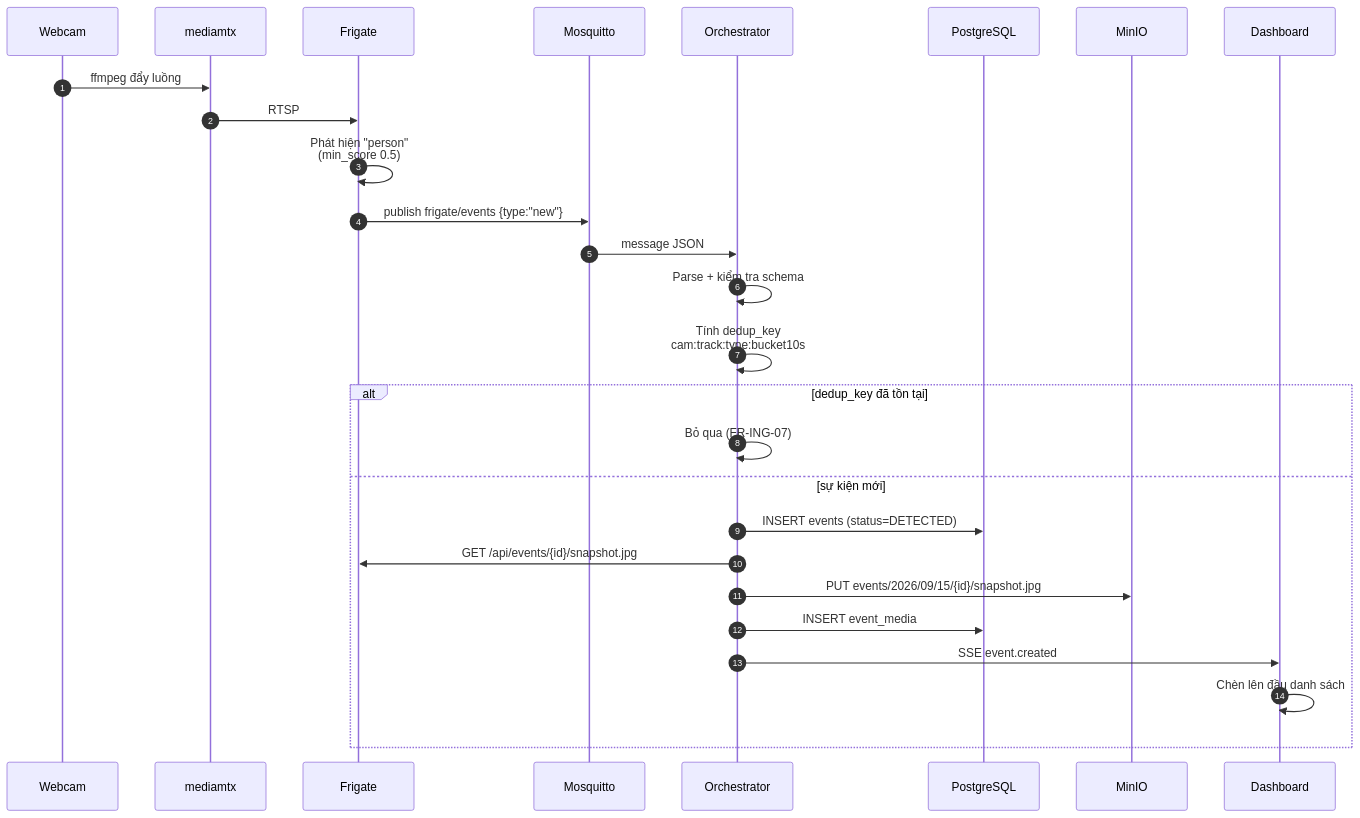
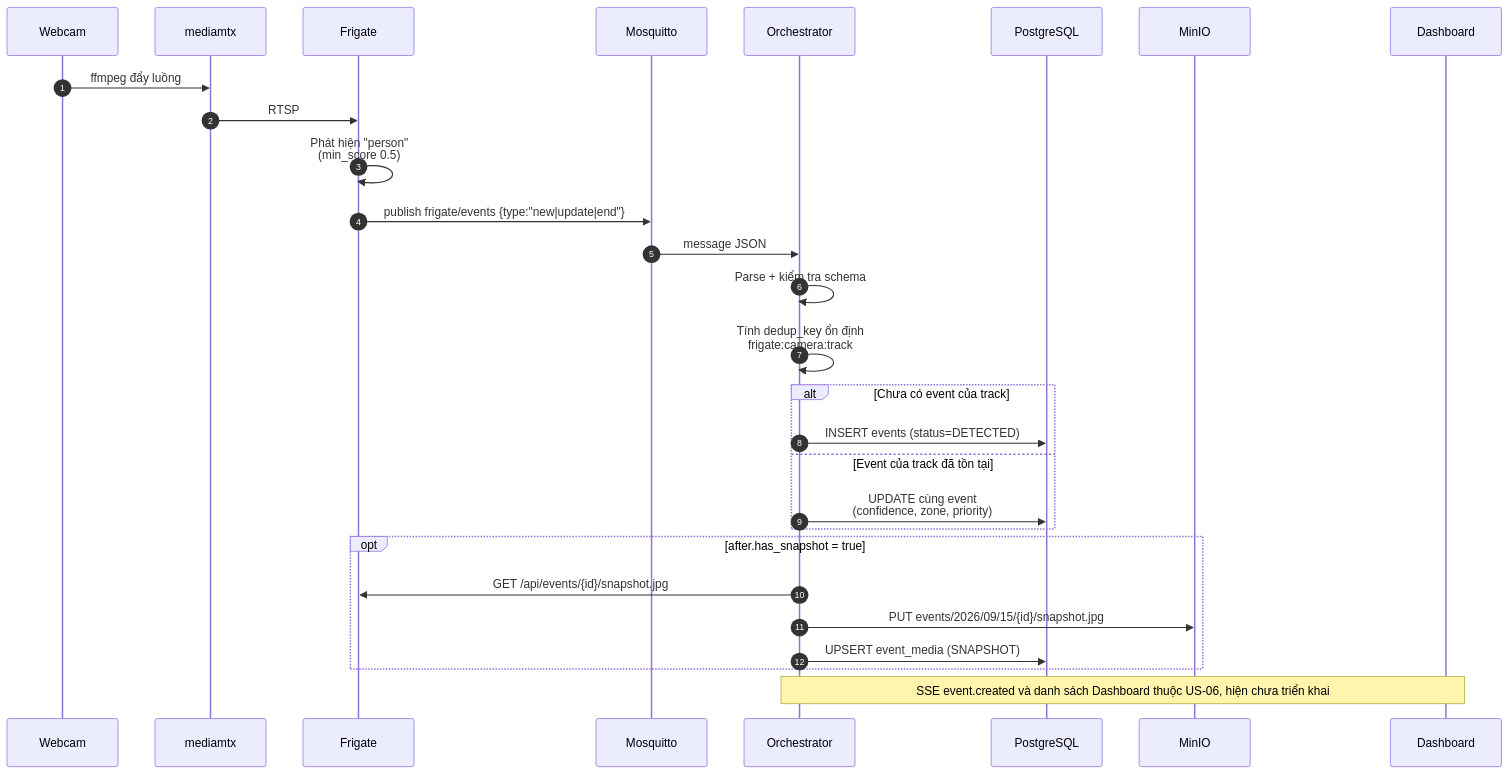
Before and after one commit to DuongDaiPhat/aws-camera-ai: the first of 6 diagrams in docs/architecture/DATA_FLOW.md, drawn with Mermaid. The commit also changed other lines of this file and 7 other files, not shown here.

Commit message:
chore(orchestrator): align local flow runtime and documentation

````diff
--- a/docs/architecture/DATA_FLOW.md
+++ b/docs/architecture/DATA_FLOW.md
@@ -24,32 +24,35 @@
 ```mermaid
 sequenceDiagram
     autonumber
     participant CAM as Webcam
     participant MTX as mediamtx
     participant FRG as Frigate
     participant MQ as Mosquitto
     participant ORC as Orchestrator
     participant PG as PostgreSQL
     participant OBJ as MinIO
     participant WEB as Dashboard
 
     CAM->>MTX: ffmpeg đẩy luồng
     MTX->>FRG: RTSP
     FRG->>FRG: Phát hiện "person"<br/>(min_score 0.5)
-    FRG->>MQ: publish frigate/events {type:"new"}
+    FRG->>MQ: publish frigate/events {type:"new|update|end"}
     MQ->>ORC: message JSON
 
     ORC->>ORC: Parse + kiểm tra schema
-    ORC->>ORC: Tính dedup_key<br/>cam:track:type:bucket10s
+    ORC->>ORC: Tính dedup_key ổn định<br/>frigate:camera:track
 
-    alt dedup_key đã tồn tại
-        ORC->>ORC: Bỏ qua (FR-ING-07)
-    else sự kiện mới
+    alt Chưa có event của track
         ORC->>PG: INSERT events (status=DETECTED)
+    else Event của track đã tồn tại
+        ORC->>PG: UPDATE cùng event<br/>(confidence, zone, priority)
+    end
+
+    opt after.has_snapshot = true
         ORC->>FRG: GET /api/events/{id}/snapshot.jpg
         ORC->>OBJ: PUT events/2026/09/15/{id}/snapshot.jpg
-        ORC->>PG: INSERT event_media
-        ORC->>WEB: SSE event.created
-        WEB->>WEB: Chèn lên đầu danh sách
+        ORC->>PG: UPSERT event_media (SNAPSHOT)
     end
+
+    Note over ORC,WEB: SSE event.created và danh sách Dashboard thuộc US-06, hiện chưa triển khai
 ```
````
